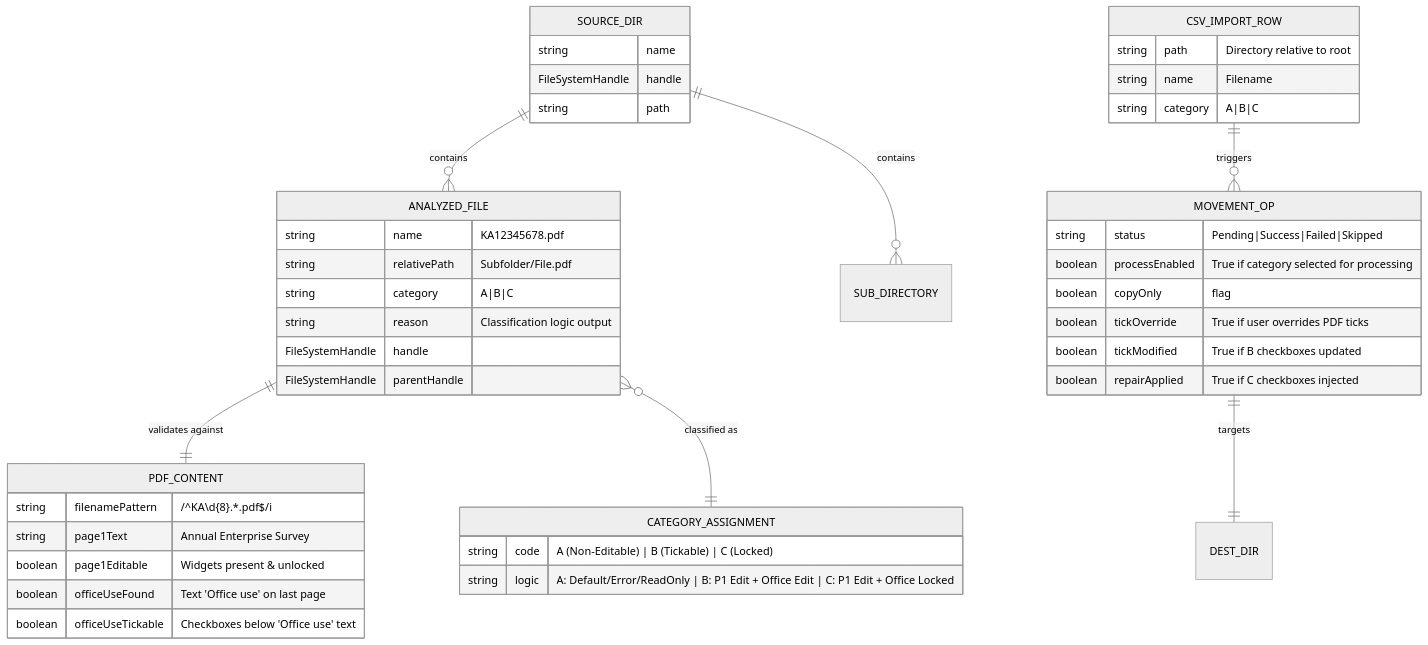
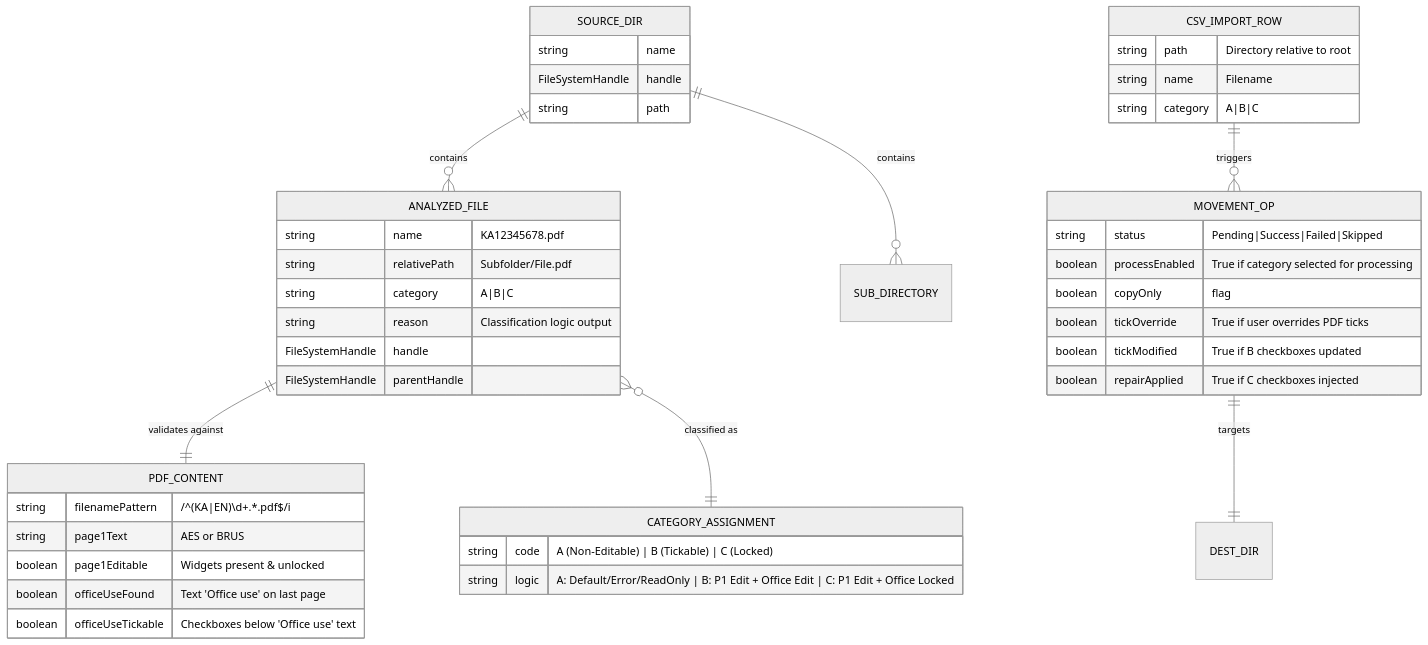
Before and after one commit to kerry-davis/form-name-matcher: the first of 3 diagrams in DATA_MODEL.md, drawn with Mermaid (neutral theme). The commit also changed other lines of this file, not shown here.

````diff
--- a/DATA_MODEL.md
+++ b/DATA_MODEL.md
@@ -9,52 +9,52 @@
 ```mermaid
 erDiagram
   SOURCE_DIR ||--o{ ANALYZED_FILE : "contains"
   SOURCE_DIR ||--o{ SUB_DIRECTORY : "contains"
   ANALYZED_FILE ||--|| PDF_CONTENT : "validates against"
   ANALYZED_FILE }o--|| CATEGORY_ASSIGNMENT : "classified as"
   CSV_IMPORT_ROW ||--o{ MOVEMENT_OP : "triggers"
   MOVEMENT_OP ||--|| DEST_DIR : "targets"
 
   SOURCE_DIR {
     string name
     FileSystemHandle handle
     string path
   }
 
   ANALYZED_FILE {
     string name            "KA12345678.pdf"
     string relativePath    "Subfolder/File.pdf"
     string category        "A|B|C"
     string reason          "Classification logic output"
     FileSystemHandle handle
     FileSystemHandle parentHandle
   }
 
   PDF_CONTENT {
-    string filenamePattern "/^KA\d{8}.*\.pdf$/i"
-    string page1Text       "Annual Enterprise Survey"
+    string filenamePattern "/^(KA|EN)\d+.*\.pdf$/i"
+    string page1Text       "AES or BRUS"
     boolean page1Editable  "Widgets present & unlocked"
     boolean officeUseFound "Text 'Office use' on last page"
     boolean officeUseTickable "Checkboxes below 'Office use' text"
   }
 
   CATEGORY_ASSIGNMENT {
     string code "A (Non-Editable) | B (Tickable) | C (Locked)"
     string logic "A: Default/Error/ReadOnly | B: P1 Edit + Office Edit | C: P1 Edit + Office Locked"
   }
 
   CSV_IMPORT_ROW {
     string path "Directory relative to root"
     string name "Filename"
     string category "A|B|C"
   }
 
   MOVEMENT_OP {
     string status "Pending|Success|Failed|Skipped"
     boolean processEnabled "True if category selected for processing"
     boolean copyOnly "flag"
     boolean tickOverride "True if user overrides PDF ticks"
     boolean tickModified "True if B checkboxes updated"
     boolean repairApplied "True if C checkboxes injected"
   }
 ```
````
